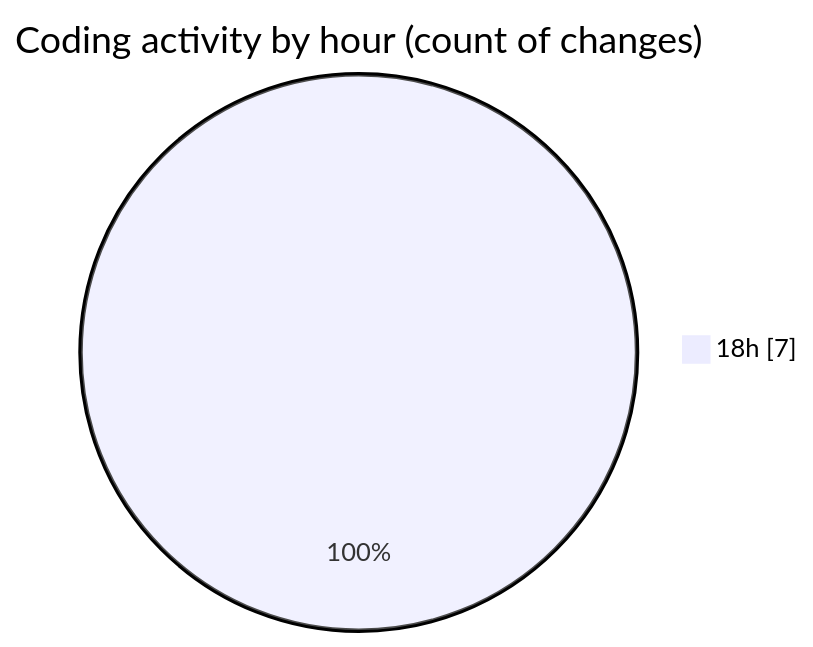
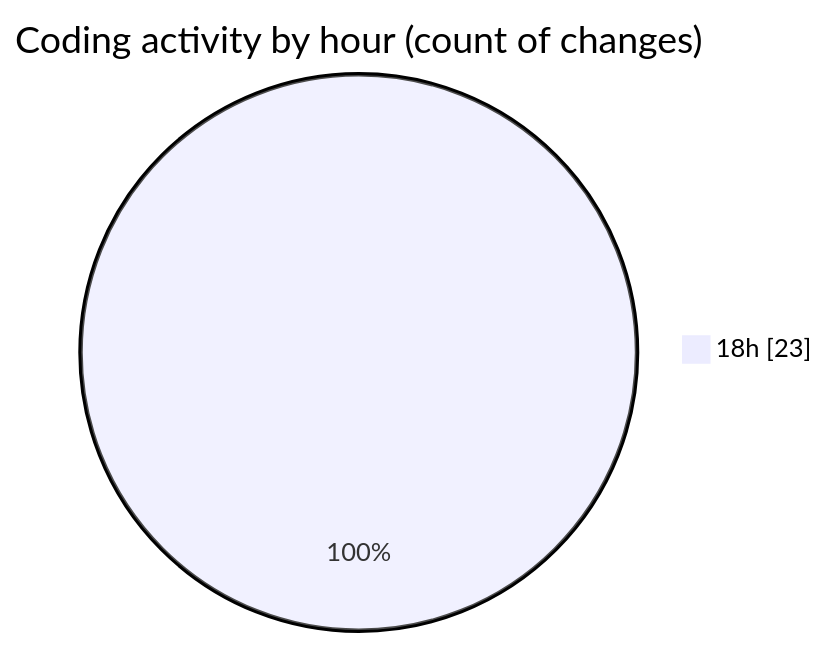
Before and after one commit to Netris89/code-tracking: the second of 2 diagrams in 2025-04-21/echo/README.md, drawn with Mermaid. The commit also changed other lines of this file and 1 other file, not shown here.

````diff
--- a/2025-04-21/echo/README.md
+++ b/2025-04-21/echo/README.md
@@ -34,5 +34,5 @@
 ```mermaid
 pie showData
 title Coding activity by hour (count of changes)
-"18h" : 7
+"18h" : 23
 ```
````
